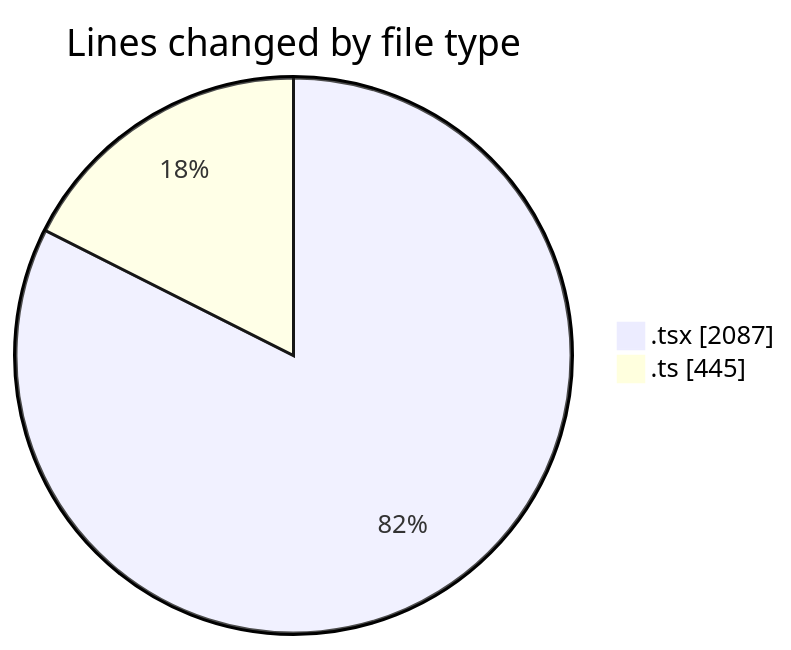
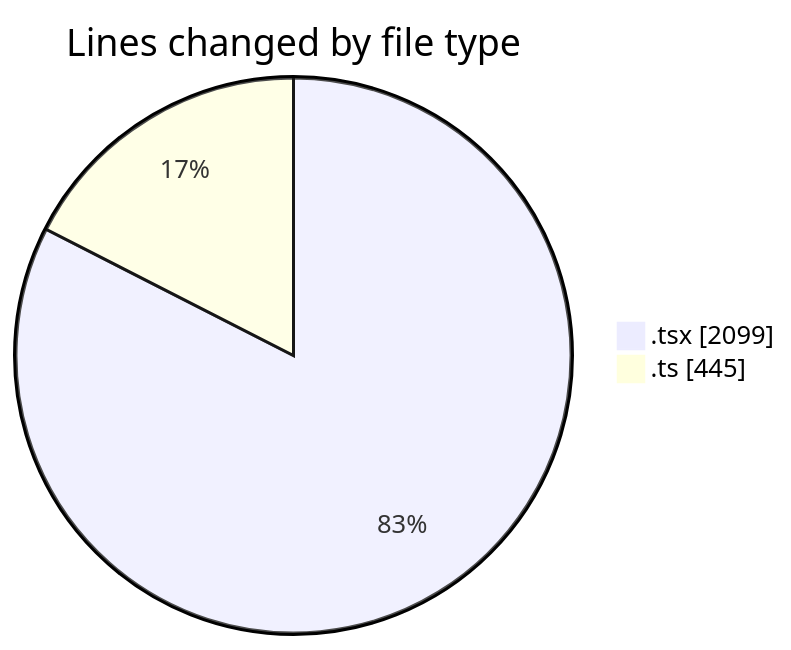
Before and after one commit to momahboobian/code-tracking: the first of 2 diagrams in 2025-09-24/cda/README.md, drawn with Mermaid. The commit also changed other lines of this file and 1 other file, not shown here.

````diff
--- a/2025-09-24/cda/README.md
+++ b/2025-09-24/cda/README.md
@@ -29,6 +29,6 @@
 ```mermaid
 pie showData
 title Lines changed by file type
-".tsx" : 2087
+".tsx" : 2099
 ".ts" : 445
 ```
````
